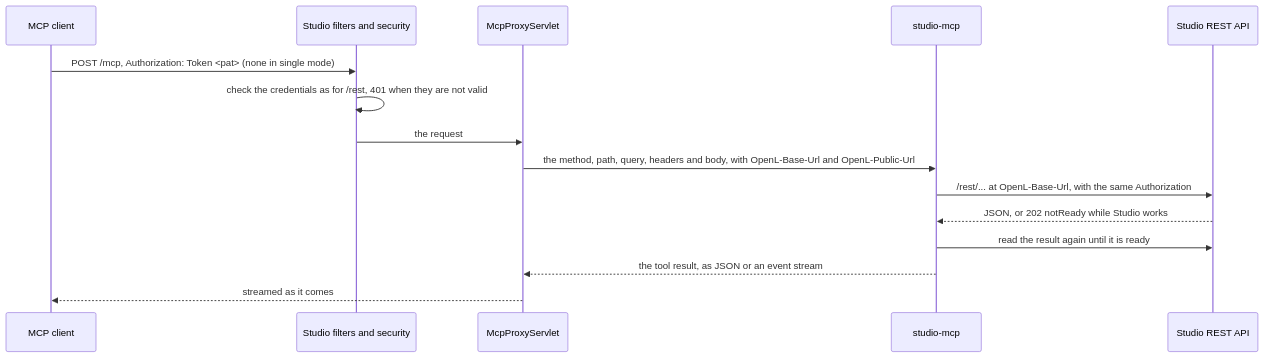
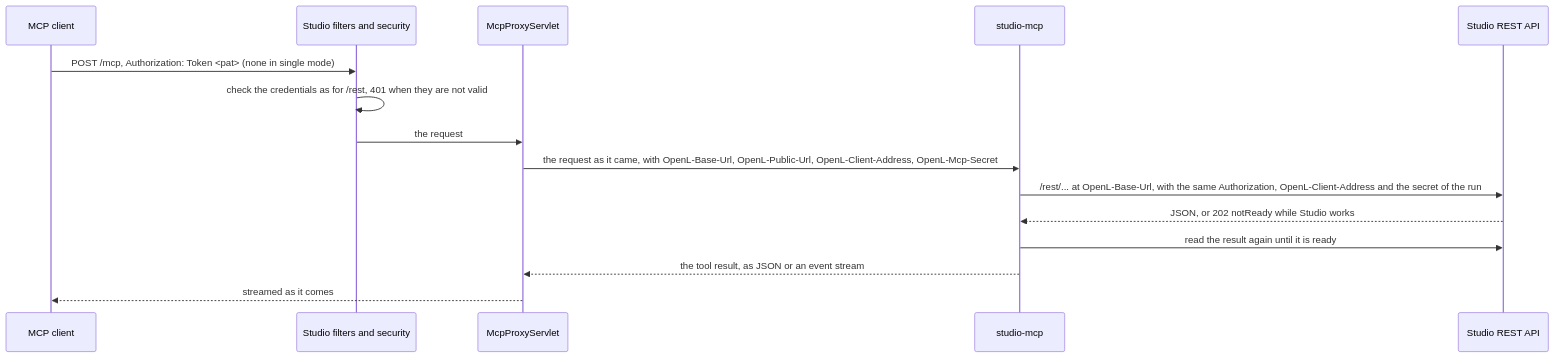
The second of 3 diagrams in Docs/architecture/mcp-server.md (openl-tablets/openl-tablets), drawn with Mermaid before and after one commit. The commit also changed other lines of this file and 17 other files, not shown here.

Commit message:
EPBDS-17040 Fix the audit of MCP tool calls naming Studio's address

````diff
--- a/Docs/architecture/mcp-server.md
+++ b/Docs/architecture/mcp-server.md
@@ -97,17 +97,17 @@
 ```mermaid
 sequenceDiagram
     participant C as MCP client
     participant S as Studio filters and security
     participant P as McpProxyServlet
     participant N as studio-mcp
     participant R as Studio REST API
     C->>S: POST /mcp, Authorization: Token <pat> (none in single mode)
     S->>S: check the credentials as for /rest, 401 when they are not valid
     S->>P: the request
-    P->>N: the method, path, query, headers and body, with OpenL-Base-Url and OpenL-Public-Url
-    N->>R: /rest/... at OpenL-Base-Url, with the same Authorization
+    P->>N: the request as it came, with OpenL-Base-Url, OpenL-Public-Url, OpenL-Client-Address, OpenL-Mcp-Secret
+    N->>R: /rest/... at OpenL-Base-Url, with the same Authorization, OpenL-Client-Address and the secret of the run
     R-->>N: JSON, or 202 notReady while Studio works
     N->>R: read the result again until it is ready
     N-->>P: the tool result, as JSON or an event stream
     P-->>C: streamed as it comes
 ```
````
